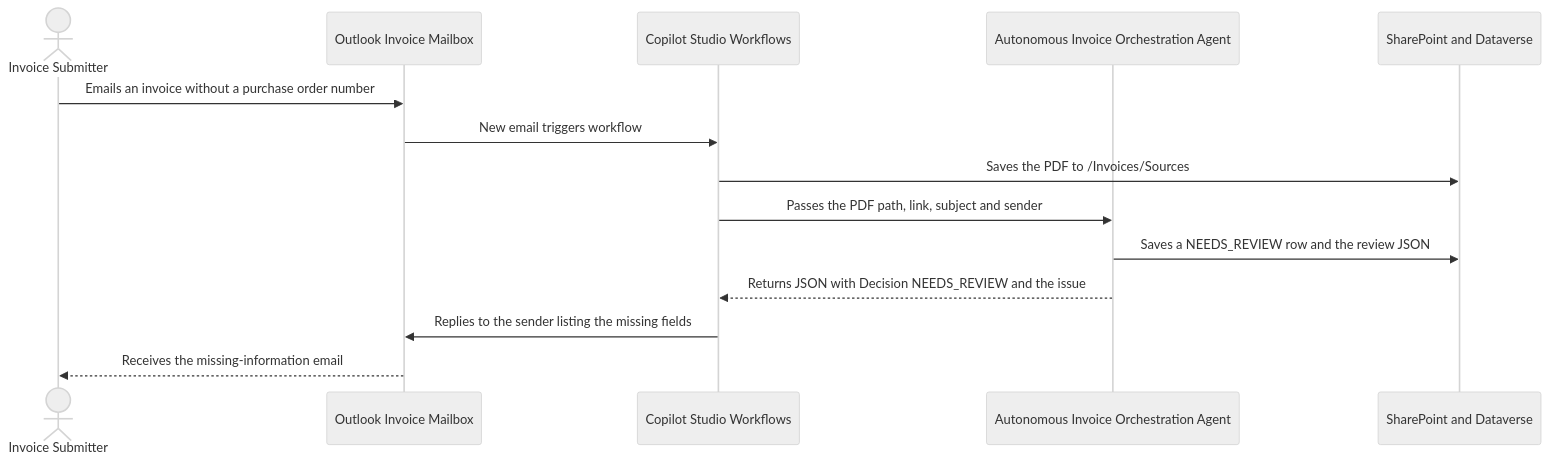
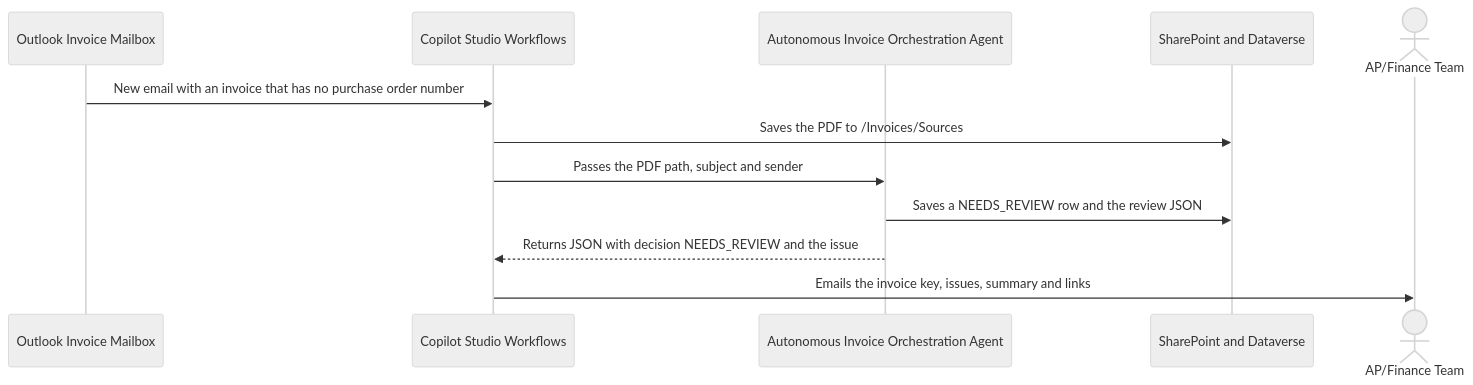
One commit to microsoft/ai-agent-runbooks changed the third of 3 diagrams in 01-scenarios/Autonomous-Invoice-Orchestration-Agent-GHCP/2.Architecture.md. Above: the diagram before and after it, drawn with Mermaid (neutral theme). The commit also changed other lines of this file and 9 other files, not shown here.

````diff
--- a/01-scenarios/Autonomous-Invoice-Orchestration-Agent-GHCP/2.Architecture.md
+++ b/01-scenarios/Autonomous-Invoice-Orchestration-Agent-GHCP/2.Architecture.md
@@ -128,16 +134,14 @@
 ```mermaid
 sequenceDiagram
-    actor Sender as Invoice Submitter
     participant Mail as Outlook Invoice Mailbox
     participant Flow as Copilot Studio Workflows
     participant Agent as Autonomous Invoice Orchestration Agent
     participant Store as SharePoint and Dataverse
-    Sender->>Mail: Emails an invoice without a purchase order number
-    Mail->>Flow: New email triggers workflow
+    actor Finance as AP/Finance Team
+    Mail->>Flow: New email with an invoice that has no purchase order number
     Flow->>Store: Saves the PDF to /Invoices/Sources
-    Flow->>Agent: Passes the PDF path, link, subject and sender
+    Flow->>Agent: Passes the PDF path, subject and sender
     Agent->>Store: Saves a NEEDS_REVIEW row and the review JSON
-    Agent-->>Flow: Returns JSON with Decision NEEDS_REVIEW and the issue
-    Flow->>Mail: Replies to the sender listing the missing fields
-    Mail-->>Sender: Receives the missing-information email
+    Agent-->>Flow: Returns JSON with decision NEEDS_REVIEW and the issue
+    Flow->>Finance: Emails the invoice key, issues, summary and links
 ```
````
